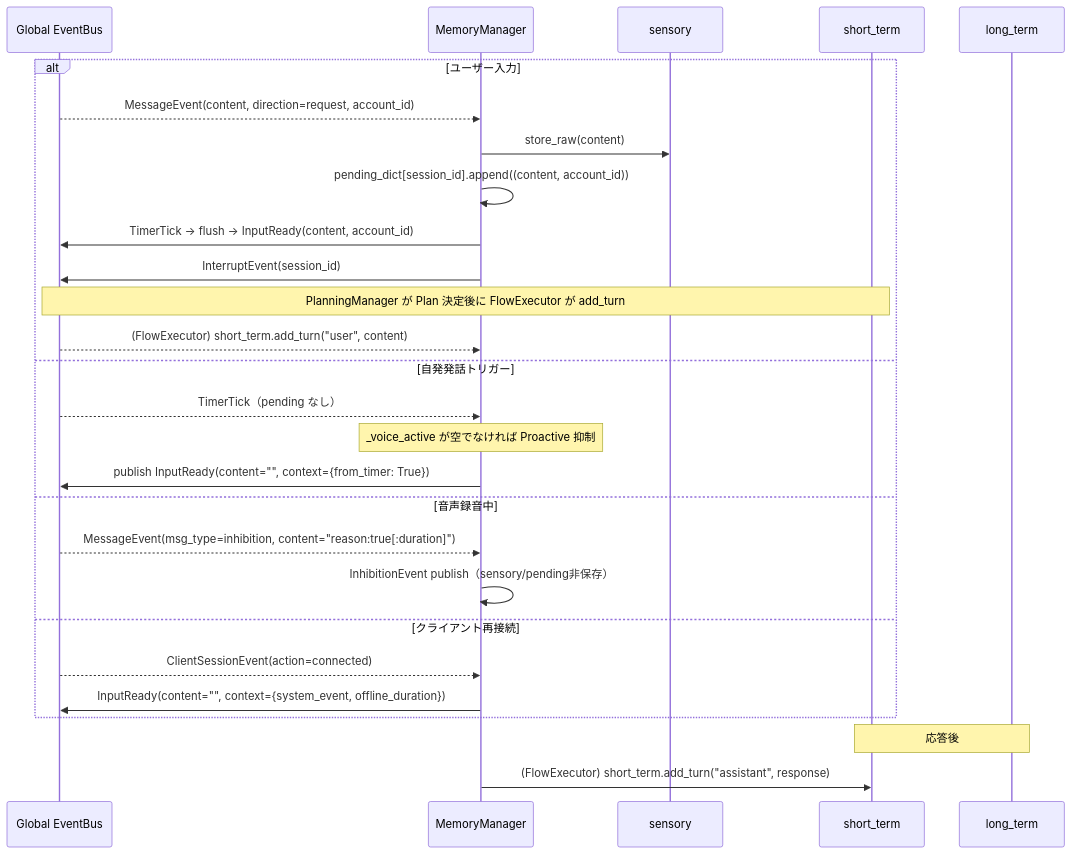
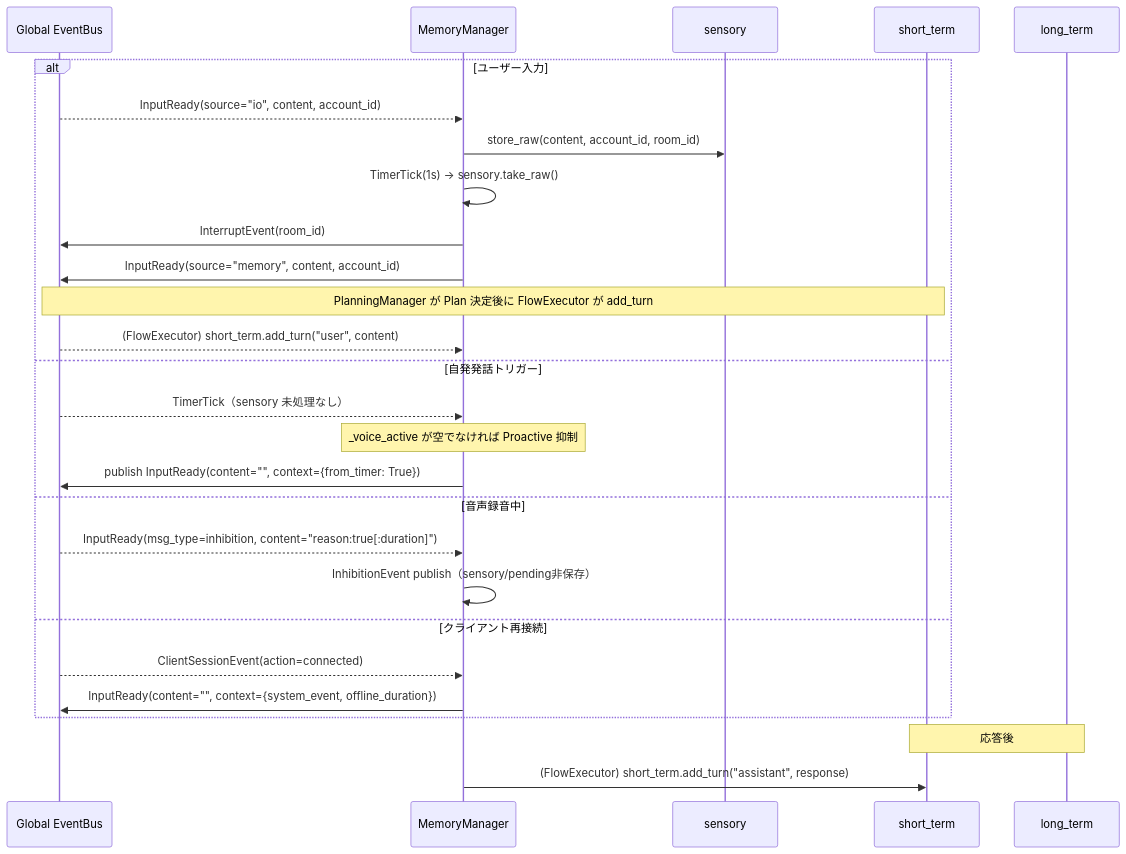
Before and after one commit to ibukani/iris-mind: the diagram in docs/memory-layer.md, drawn with Mermaid. The commit also changed other lines of this file and 11 other files, not shown here.

First line of the commit message:
feat: TimerTick駆動の入力処理に変更（InputReady→sensory→TimerTick）

````diff
--- a/docs/memory-layer.md
+++ b/docs/memory-layer.md
@@ -187,32 +187,32 @@
 ```mermaid
 sequenceDiagram
     participant EB as Global EventBus
     participant MGR as MemoryManager
     participant SEN as sensory
     participant STM as short_term
     participant LTM as long_term
 
     alt ユーザー入力
-        EB-->>MGR: MessageEvent(content, direction=request, account_id)
-        MGR->>SEN: store_raw(content)
-        MGR->>MGR: pending_dict[session_id].append((content, account_id))
-        MGR->>EB: TimerTick → flush → InputReady(content, account_id)
-        MGR->>EB: InterruptEvent(session_id)
+        EB-->>MGR: InputReady(source="io", content, account_id)
+        MGR->>SEN: store_raw(content, account_id, room_id)
+        MGR->>MGR: TimerTick(1s) → sensory.take_raw()
+        MGR->>EB: InterruptEvent(room_id)
+        MGR->>EB: InputReady(source="memory", content, account_id)
 
         Note over EB,STM: PlanningManager が Plan 決定後に FlowExecutor が add_turn
         EB-->>MGR: (FlowExecutor) short_term.add_turn("user", content)
     else 自発発話トリガー
-        EB-->>MGR: TimerTick（pending なし）
+        EB-->>MGR: TimerTick（sensory 未処理なし）
         Note over MGR: _voice_active が空でなければ Proactive 抑制
         MGR->>EB: publish InputReady(content="", context={from_timer: True})
     else 音声録音中
-        EB-->>MGR: MessageEvent(msg_type=inhibition, content="reason:true[:duration]")
+        EB-->>MGR: InputReady(msg_type=inhibition, content="reason:true[:duration]")
         MGR->>MGR: InhibitionEvent publish（sensory/pending非保存）
     else クライアント再接続
         EB-->>MGR: ClientSessionEvent(action=connected)
         MGR->>EB: InputReady(content="", context={system_event, offline_duration})
     end
 
     Note over STM,LTM: 応答後
     MGR->>STM: (FlowExecutor) short_term.add_turn("assistant", response)
 ```
````
